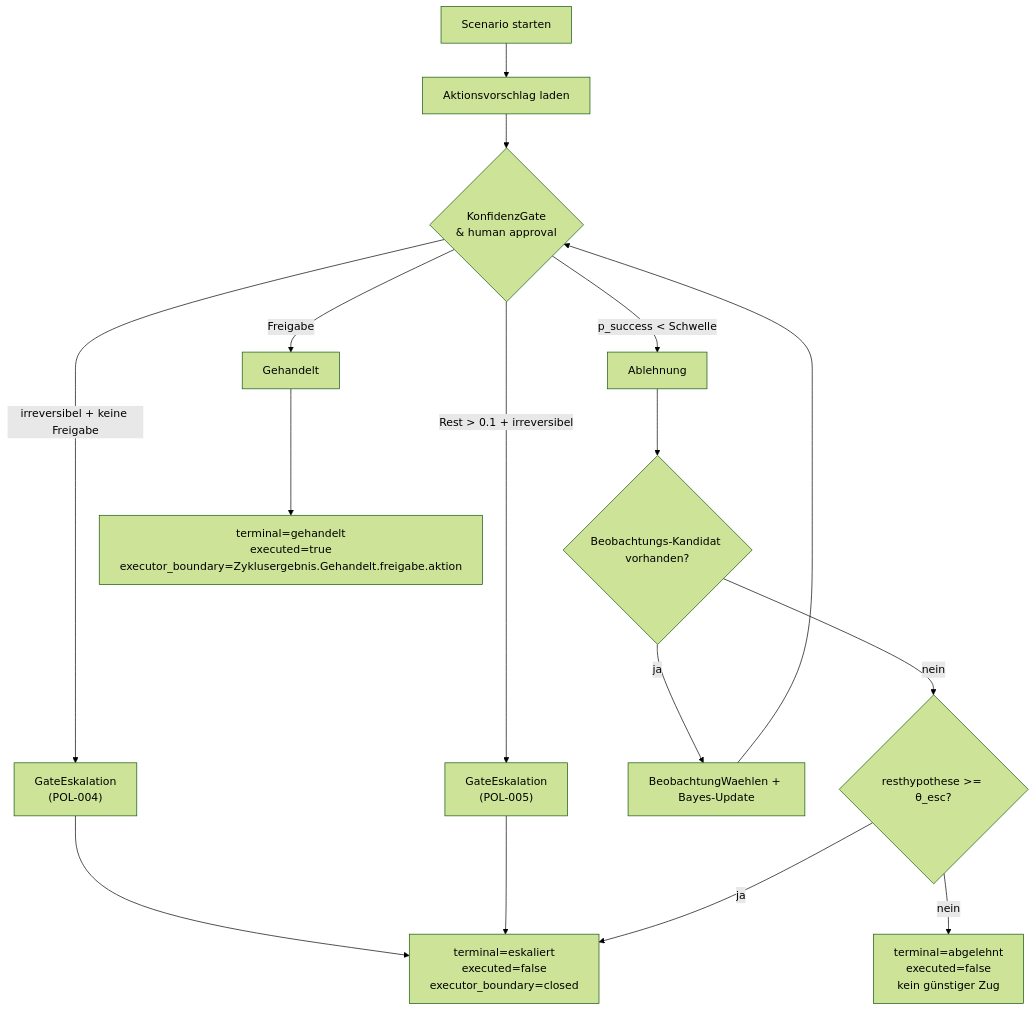
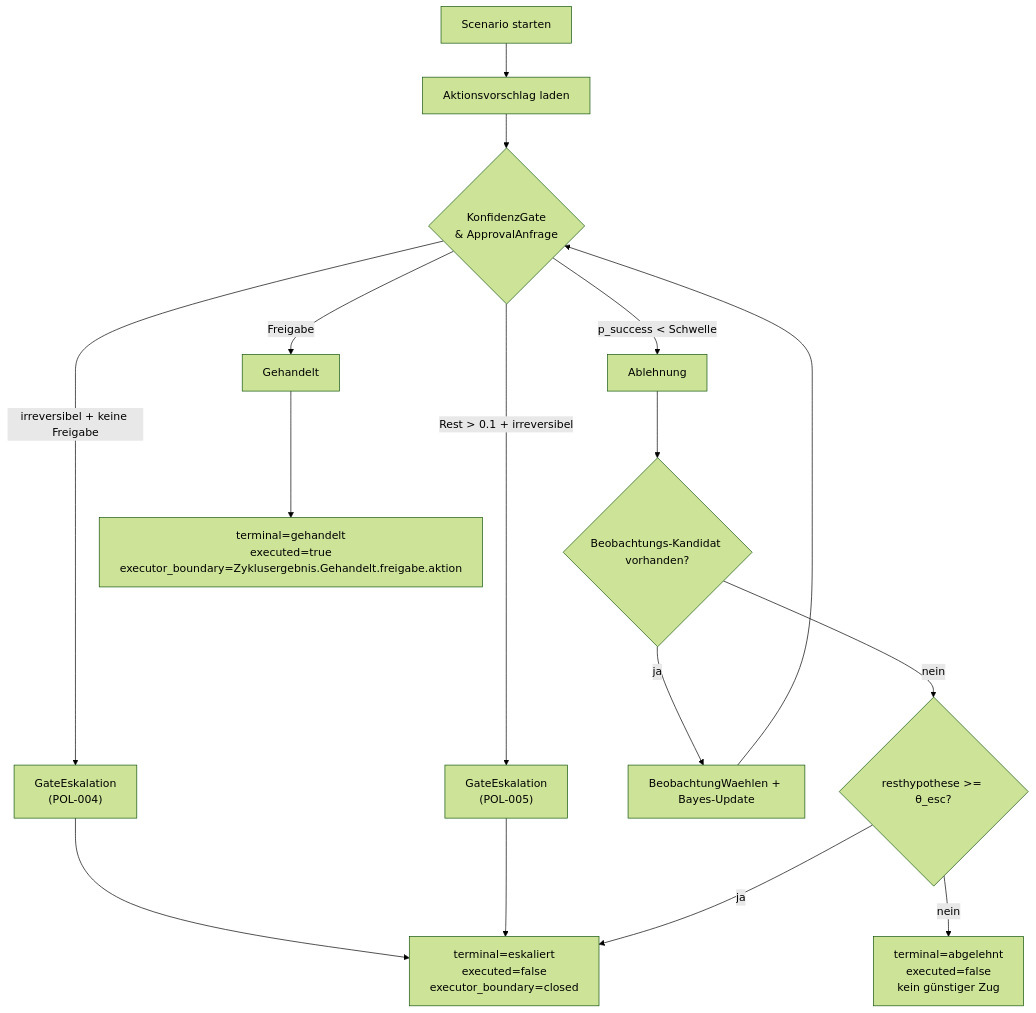
The first of 2 diagrams in docs/user/cli-entscheidungsnachweis.md (pt9912/belief-agent), drawn with Mermaid (forest theme) before and after one commit. The commit also changed other lines of this file and 14 other files, not shown here.

First line of the commit message:
Bind human approval to belief context

````diff
--- a/docs/user/cli-entscheidungsnachweis.md
+++ b/docs/user/cli-entscheidungsnachweis.md
@@ -164,18 +170,18 @@
 ```mermaid
 flowchart TD
   A["Scenario starten"] --> B["Aktionsvorschlag laden"]
-  B --> C{"KonfidenzGate\n& human approval"}
+  B --> C{"KonfidenzGate\n& ApprovalAnfrage"}
   C -->|irreversibel + keine Freigabe| D["GateEskalation\n(POL-004)"]
   C -->|Rest > 0.1 + irreversibel| E2["GateEskalation\n(POL-005)"]
   C -->|p_success < Schwelle| E["Ablehnung"]
   C -->|Freigabe| G["Gehandelt"]
   D --> H["terminal=eskaliert\nexecuted=false\nexecutor_boundary=closed"]
   E2 --> H
   E --> I{"Beobachtungs-Kandidat vorhanden?"}
   I -->|ja| J["BeobachtungWaehlen + Bayes-Update"]
   J --> C
   I -->|nein| K{"resthypothese >= θ_esc?"}
   K -->|ja| H
   K -->|nein| L["terminal=abgelehnt\nexecuted=false\nkein günstiger Zug"]
   G --> M["terminal=gehandelt\nexecuted=true\nexecutor_boundary=Zyklusergebnis.Gehandelt.freigabe.aktion"]
 ```
````
